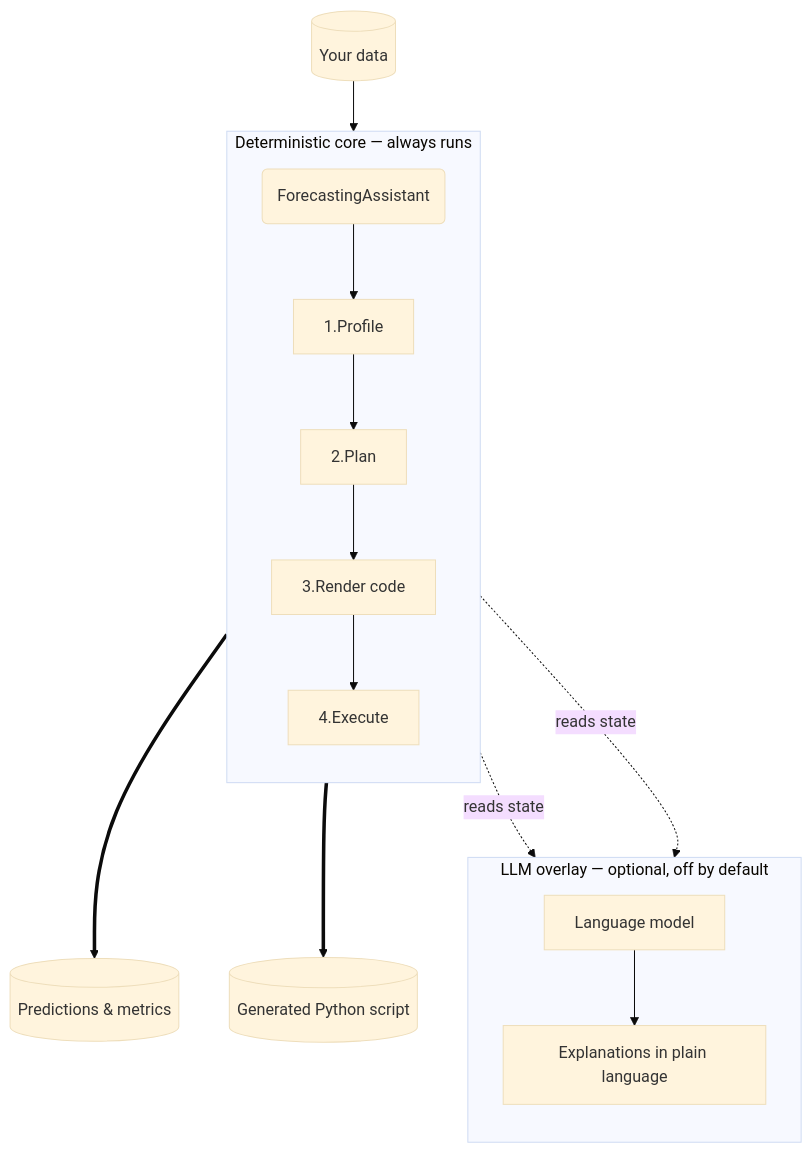
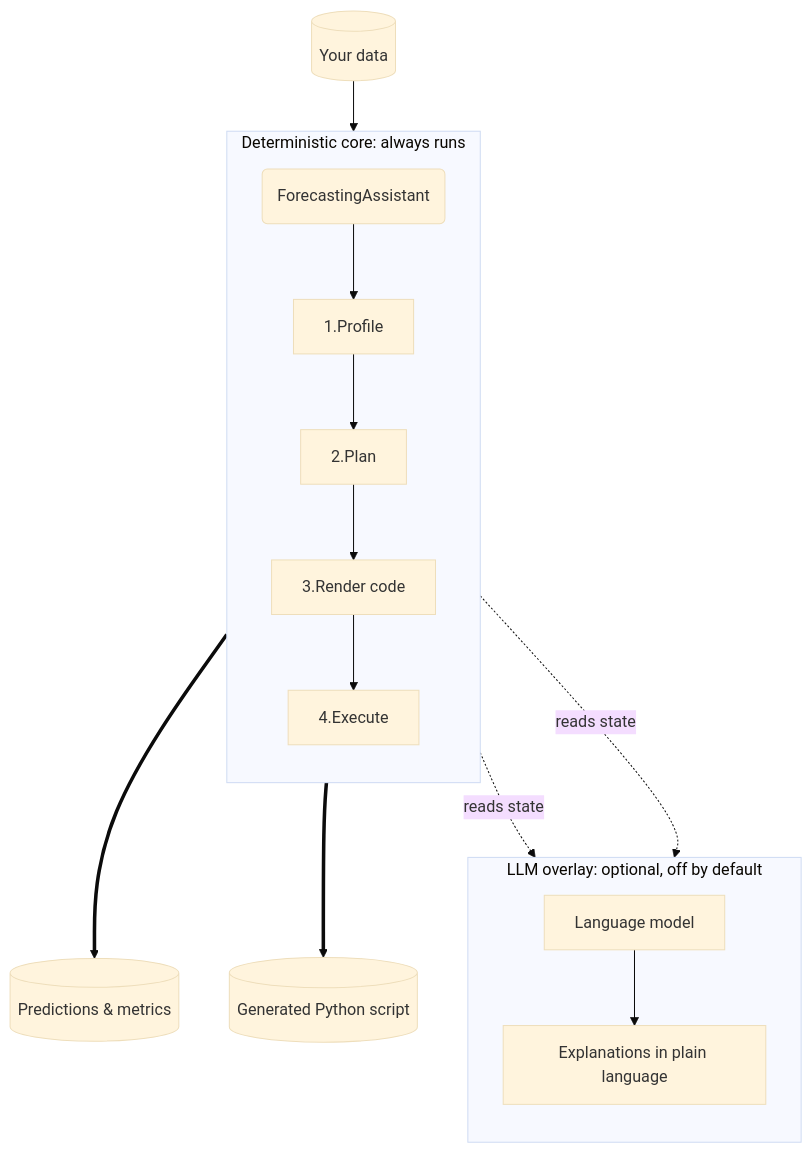
Before and after one commit to skforecast/skforecast-ai: the diagram in docs/user_guides/how-it-works-and-trust.md, drawn with Mermaid (base theme). The commit also changed other lines of this file and 12 other files, not shown here.

````diff
--- a/docs/user_guides/how-it-works-and-trust.md
+++ b/docs/user_guides/how-it-works-and-trust.md
@@ -5,25 +5,25 @@
 ```mermaid
 flowchart TD
     A[(Your data)] --> B(ForecastingAssistant)
 
-    subgraph Core["Deterministic core — always runs"]
+    subgraph Core["Deterministic core: always runs"]
         direction TB
         B --> C[1.Profile]
         C --> D[2.Plan]
         D --> E[3.Render code]
         E --> F[4.Execute]
     end
 
-    subgraph LLM["LLM overlay — optional, off by default"]
+    subgraph LLM["LLM overlay: optional, off by default"]
         direction TB
         AG[Language model]
         EXP[Explanations in plain language]
         AG --> EXP
     end
 
     C -. reads state .-> AG
     D -. reads state .-> AG
 
     F ==> G[(Predictions & metrics)]
     F ==> H[(Generated Python script)]
 ```
````
